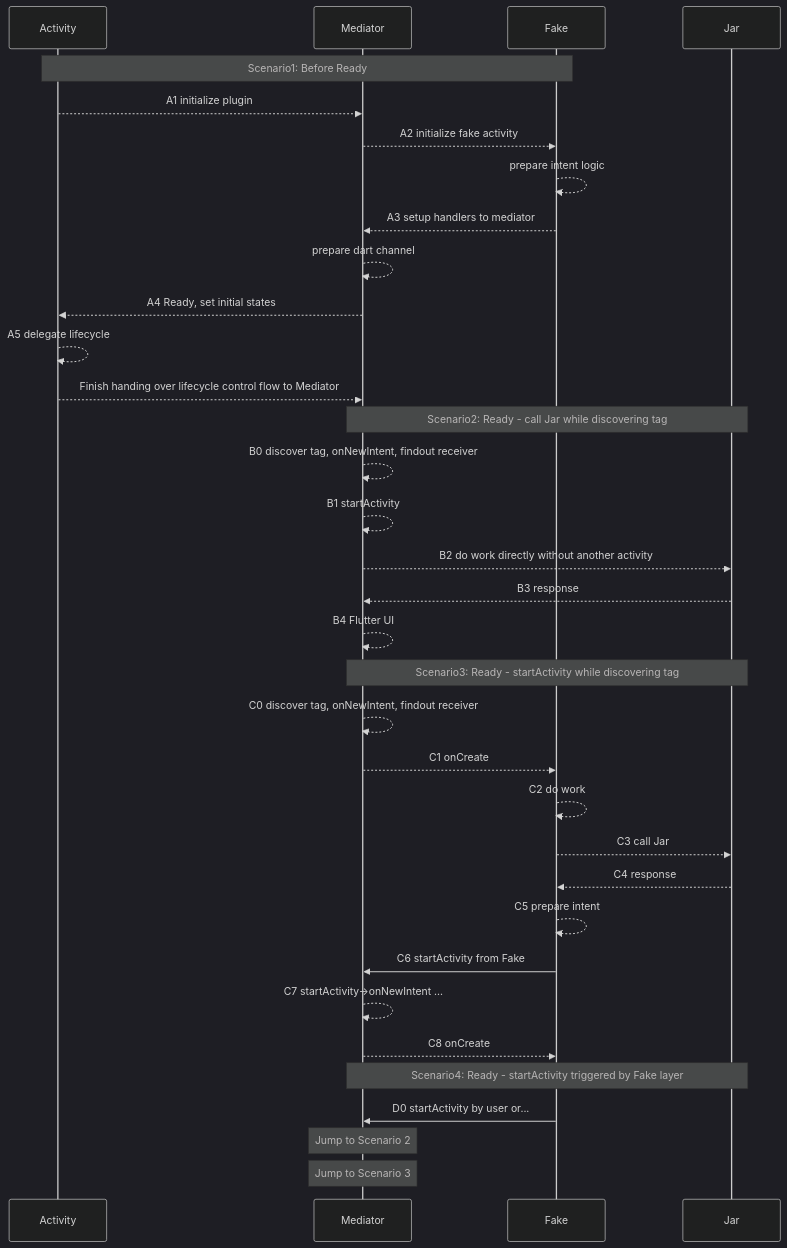
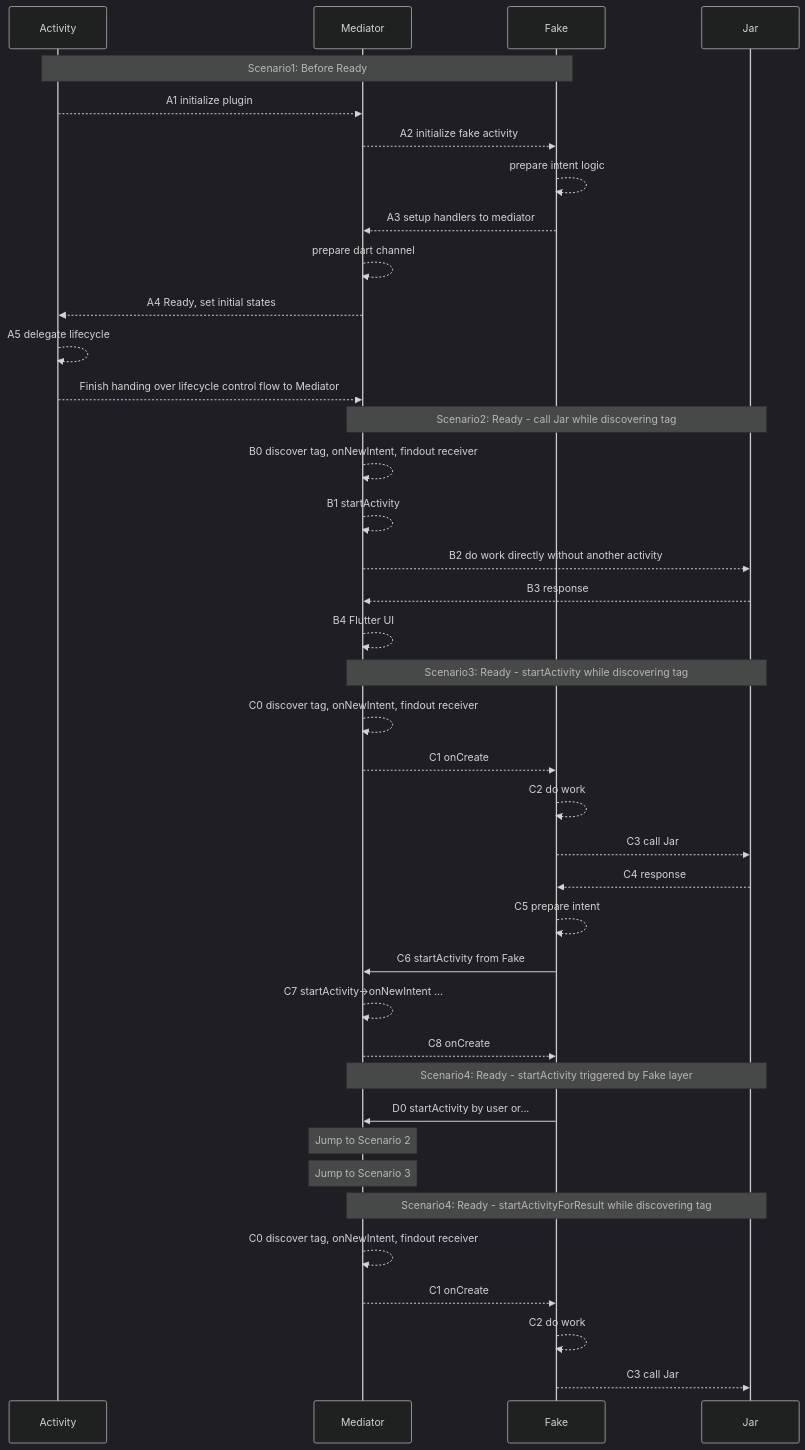
One commit to gordianknotC/nxp_note changed the first of 2 diagrams in flutter/android_to_flutter.md. Above: the diagram before and after it, drawn with Mermaid (dark theme). The commit also changed other lines of this file, not shown here.

Commit message:
flutter/android_to_flutter.md updated from https://stackedit.io/

````diff
--- a/flutter/android_to_flutter.md
+++ b/flutter/android_to_flutter.md
@@ -5,51 +5,57 @@
 ```mermaid
 sequenceDiagram
 participant Activity
 participant Mediator
 participant Fake
 participant Jar
 
 
 Note over Activity, Fake: Scenario1: Before Ready
 
 Activity -->> Mediator: A1 initialize plugin
 Mediator -->> Fake: A2 initialize fake activity
 Fake -->> Fake: prepare intent logic
 Fake -->> Mediator: A3 setup handlers to mediator
 Mediator -->> Mediator: prepare dart channel
 Mediator -->> Activity: A4 Ready, set initial states
 Activity -->> Activity: A5 delegate lifecycle
 Activity -->> Mediator: Finish handing over lifecycle control flow to Mediator
 
 
 Note over Mediator, Jar: Scenario2: Ready - call Jar while discovering tag 
 
 Mediator-->> Mediator: B0 discover tag, onNewIntent, findout receiver
 Mediator-->>Mediator: B1 startActivity
 Mediator-->>Jar: B2 do work directly without another activity
 Jar-->>Mediator: B3 response
 Mediator-->>Mediator: B4 Flutter UI
 
 
 Note over Mediator, Jar: Scenario3: Ready - startActivity while discovering tag
 
 Mediator-->> Mediator: C0 discover tag, onNewIntent, findout receiver
 Mediator-->>Fake: C1 onCreate
 Fake-->>Fake: C2 do work
 Fake-->>Jar:C3 call Jar
 Jar-->>Fake:C4 response
 Fake-->>Fake:C5 prepare intent
 Fake->>Mediator: C6 startActivity from Fake
 Mediator-->>Mediator: C7 startActivity->onNewIntent ...
 Mediator-->>Fake: C8 onCreate
 
 
 Note over Mediator, Jar: Scenario4: Ready - startActivity triggered by Fake layer
 
 Fake->>Mediator: D0 startActivity by user or...
 
 
 Note over Mediator: Jump to Scenario 2
 Note over Mediator: Jump to Scenario 3
 
+
+Note over Mediator, Jar: Scenario4: Ready - startActivityForResult while discovering tag
+Mediator-->> Mediator: C0 discover tag, onNewIntent, findout receiver
+Mediator-->>Fake: C1 onCreate
+Fake-->>Fake: C2 do work
+Fake-->>Jar:C3 call Jar
 ```
````
